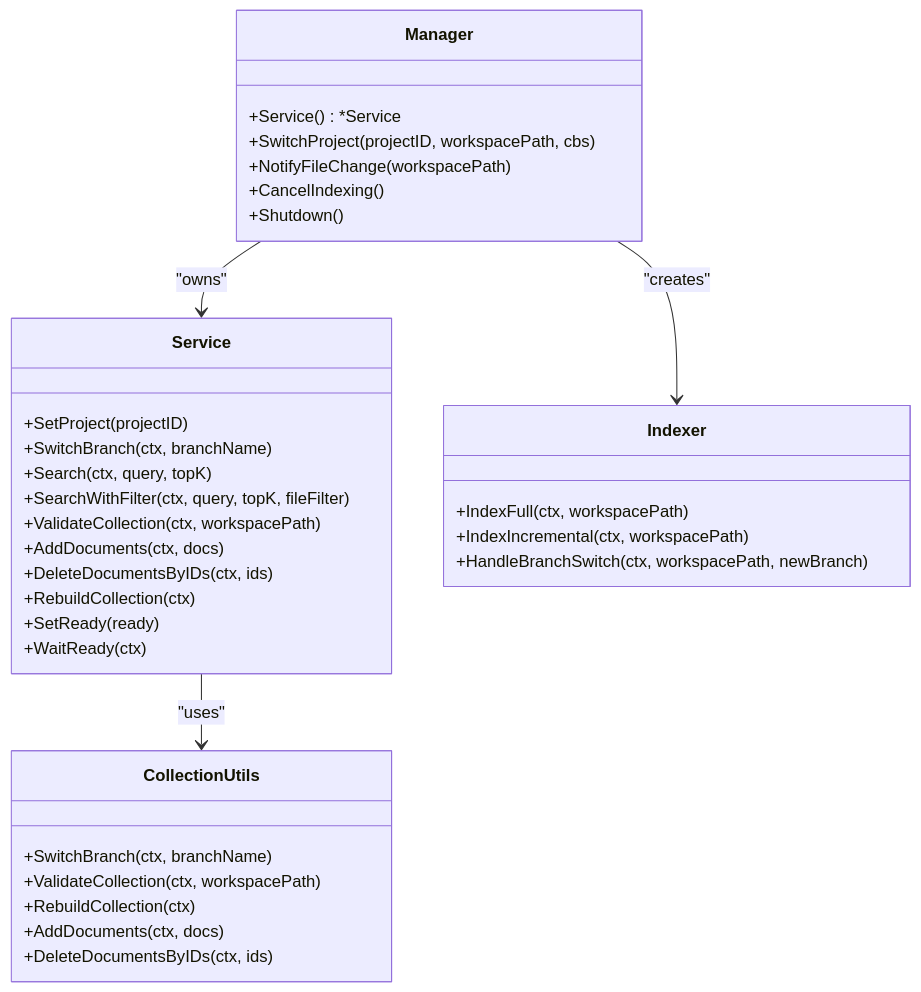
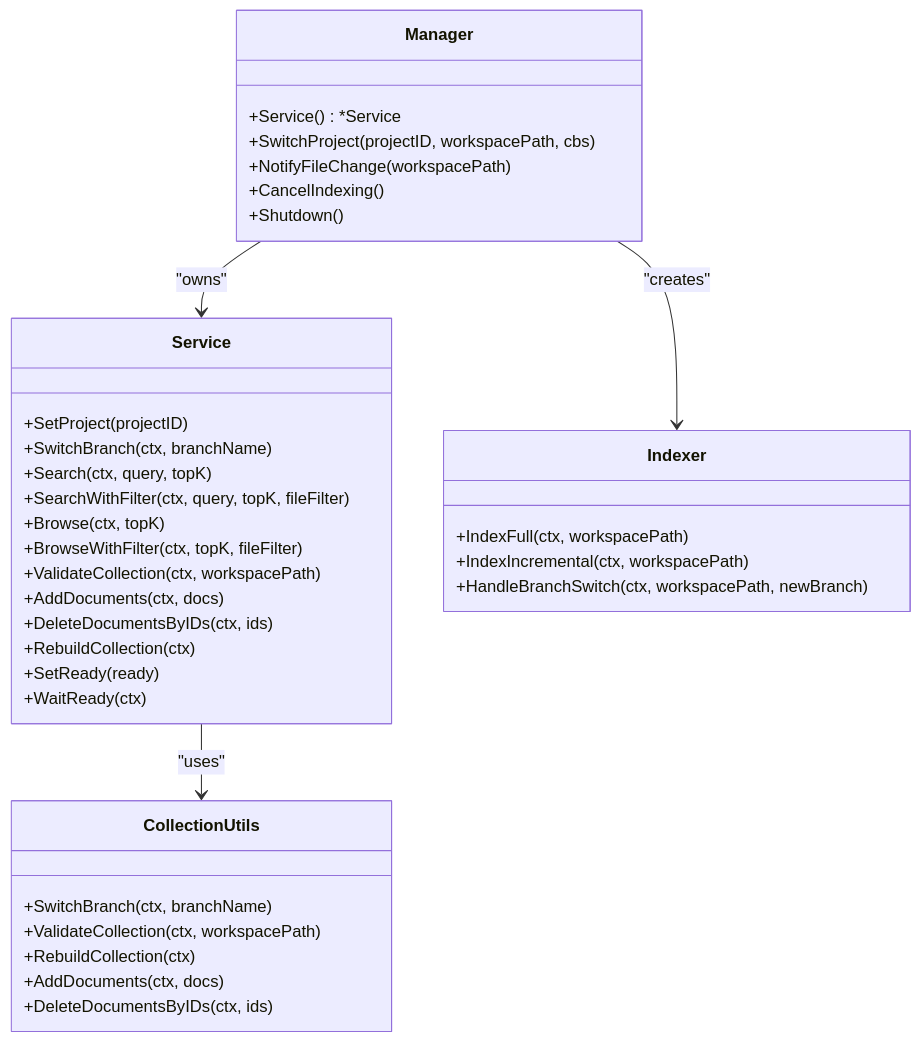
The fourth of 7 diagrams in .qoder/repowiki/en/content/API Reference/Vector Search API.md (v0lka/c0wrk), drawn with Mermaid before and after one commit. The commit also changed other lines of this file and 8 other files, not shown here.

````diff
--- a/.qoder/repowiki/en/content/API Reference/Vector Search API.md
+++ b/.qoder/repowiki/en/content/API Reference/Vector Search API.md
@@ -210,37 +264,39 @@
 ```mermaid
 classDiagram
 class Manager {
 +Service() *Service
 +SwitchProject(projectID, workspacePath, cbs)
 +NotifyFileChange(workspacePath)
 +CancelIndexing()
 +Shutdown()
 }
 class Service {
 +SetProject(projectID)
 +SwitchBranch(ctx, branchName)
 +Search(ctx, query, topK)
 +SearchWithFilter(ctx, query, topK, fileFilter)
++Browse(ctx, topK)
++BrowseWithFilter(ctx, topK, fileFilter)
 +ValidateCollection(ctx, workspacePath)
 +AddDocuments(ctx, docs)
 +DeleteDocumentsByIDs(ctx, ids)
 +RebuildCollection(ctx)
 +SetReady(ready)
 +WaitReady(ctx)
 }
 class Indexer {
 +IndexFull(ctx, workspacePath)
 +IndexIncremental(ctx, workspacePath)
 +HandleBranchSwitch(ctx, workspacePath, newBranch)
 }
 class CollectionUtils {
 +SwitchBranch(ctx, branchName)
 +ValidateCollection(ctx, workspacePath)
 +RebuildCollection(ctx)
 +AddDocuments(ctx, docs)
 +DeleteDocumentsByIDs(ctx, ids)
 }
 Manager --> Service : "owns"
 Manager --> Indexer : "creates"
 Service --> CollectionUtils : "uses"
 ```
````
